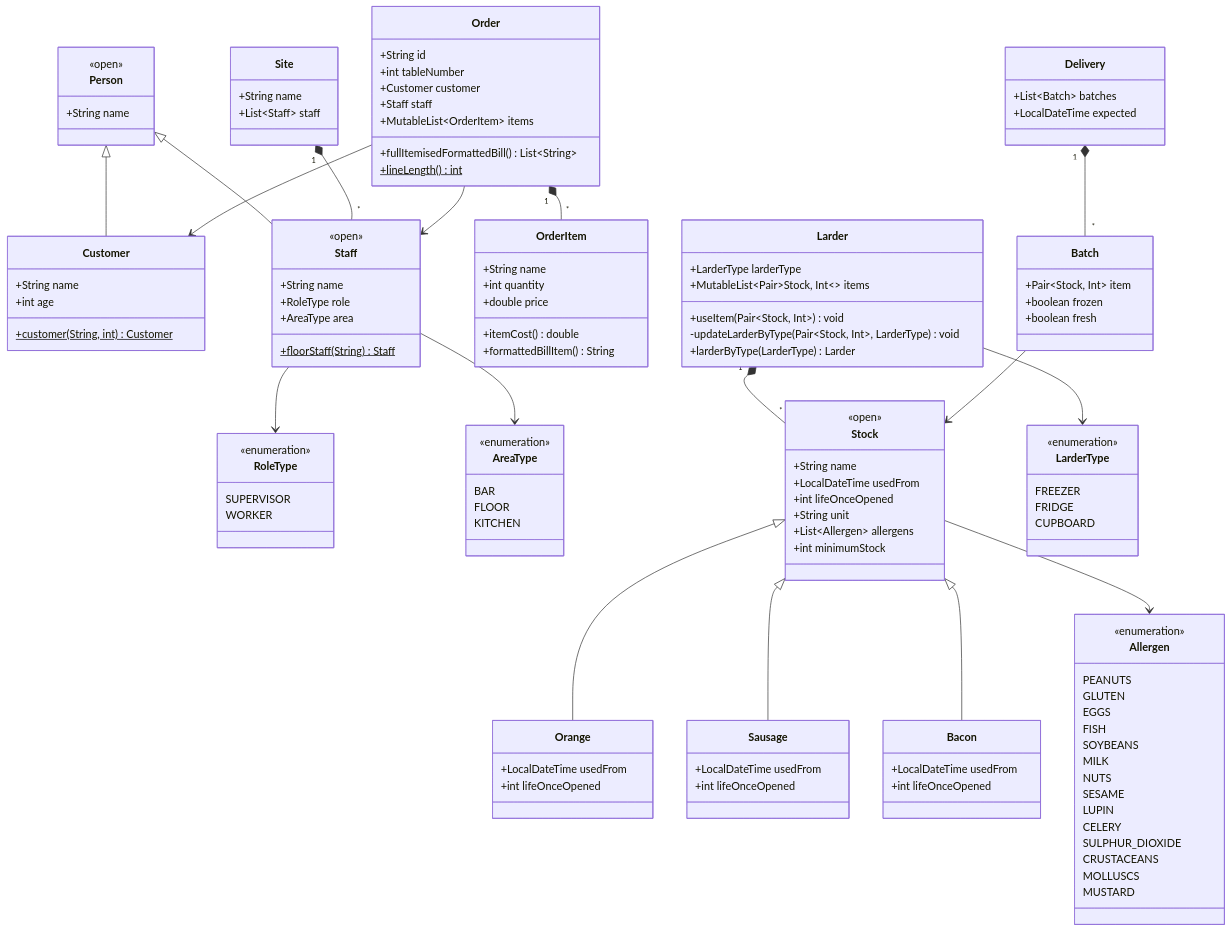
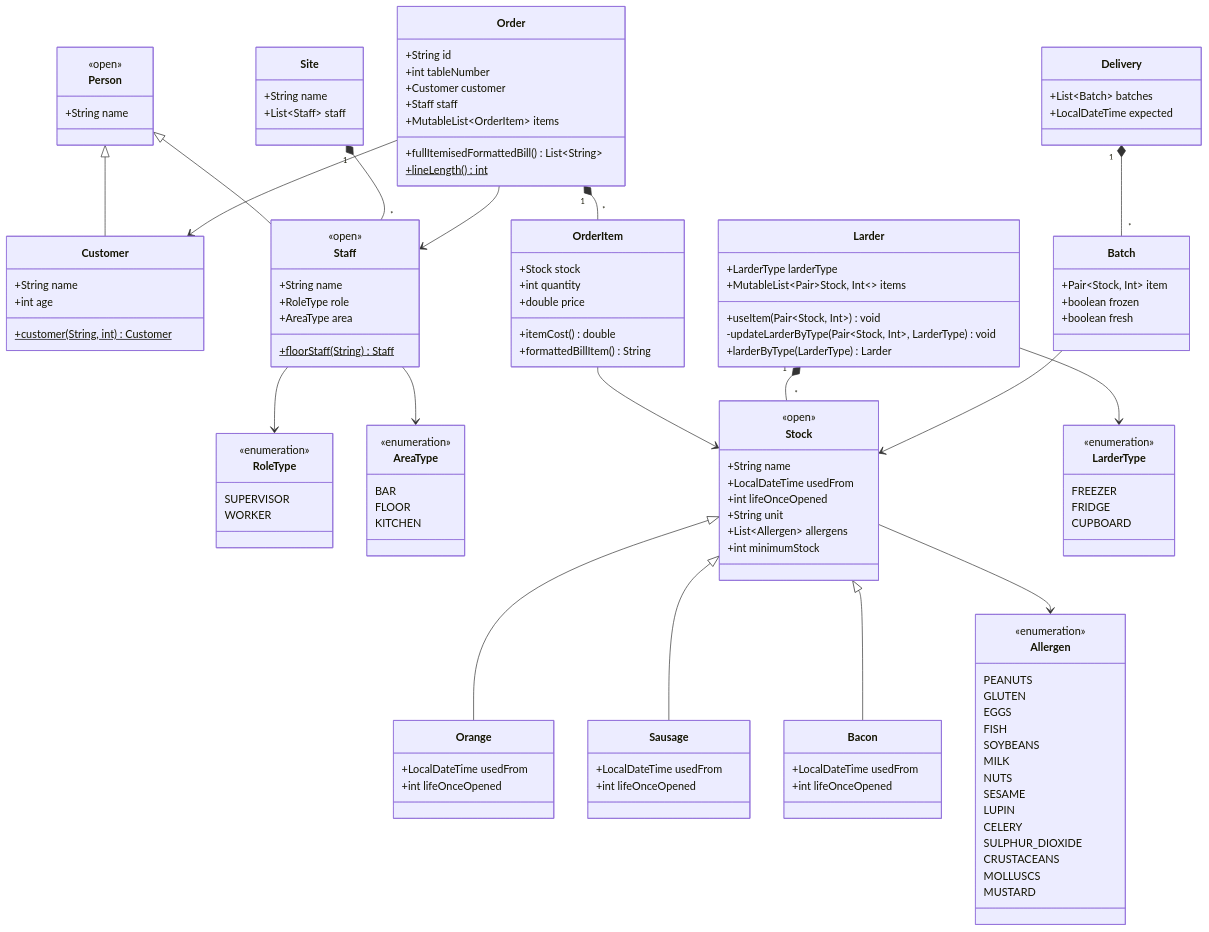
The diagram in domain/docs/class.diagram.md (manjambo/resturant-management), drawn with Mermaid before and after one commit.

```diff
--- a/domain/docs/class.diagram.md
+++ b/domain/docs/class.diagram.md
@@ -5,13 +5,13 @@
         <<open>>
         +String name
     }
-    
+
     class Customer {
         +String name
         +int age
         +customer(String, int)$ Customer
     }
-    
+
     class Staff {
         <<open>>
         +String name
@@ -19,25 +19,25 @@
         +AreaType area
         +floorStaff(String)$ Staff
     }
-    
+
     class RoleType {
         <<enumeration>>
         SUPERVISOR
         WORKER
     }
-    
+
     class AreaType {
         <<enumeration>>
         BAR
         FLOOR
         KITCHEN
     }
-    
+
     class Site {
         +String name
         +List~Staff~ staff
     }
-    
+
     class Order {
         +String id
         +int tableNumber
@@ -47,15 +47,15 @@
         +fullItemisedFormattedBill() List~String~
         +lineLength()$ int
     }
-    
+
     class OrderItem {
-        +String name
+        +Stock stock
         +int quantity
         +double price
         +itemCost() double
         +formattedBillItem() String
     }
-    
+
     class Stock {
         <<open>>
         +String name
@@ -65,7 +65,7 @@
         +List~Allergen~ allergens
         +int minimumStock
     }
-    
+
     class Allergen {
         <<enumeration>>
         PEANUTS
@@ -83,7 +83,7 @@
         MOLLUSCS
         MUSTARD
     }
-    
+
     class Larder {
         +LarderType larderType
         +MutableList~Pair~Stock, Int~~ items
@@ -91,40 +91,40 @@
         -updateLarderByType(Pair~Stock, Int~, LarderType) void
         +larderByType(LarderType) Larder
     }
-    
+
     class LarderType {
         <<enumeration>>
         FREEZER
         FRIDGE
         CUPBOARD
     }
-    
+
     class Batch {
         +Pair~Stock, Int~ item
         +boolean frozen
         +boolean fresh
     }
-    
+
     class Delivery {
         +List~Batch~ batches
         +LocalDateTime expected
     }
-    
+
     class Orange {
         +LocalDateTime usedFrom
         +int lifeOnceOpened
     }
-    
+
     class Sausage {
         +LocalDateTime usedFrom
         +int lifeOnceOpened
     }
-    
+
     class Bacon {
         +LocalDateTime usedFrom
         +int lifeOnceOpened
     }
-    
+
     Person <|-- Customer
     Person <|-- Staff
     Staff --> RoleType
@@ -133,6 +133,7 @@
     Order "1" *-- "*" OrderItem
     Order --> Customer
     Order --> Staff
+    OrderItem --> Stock
     Stock <|-- Orange
     Stock <|-- Sausage
     Stock <|-- Bacon
```
